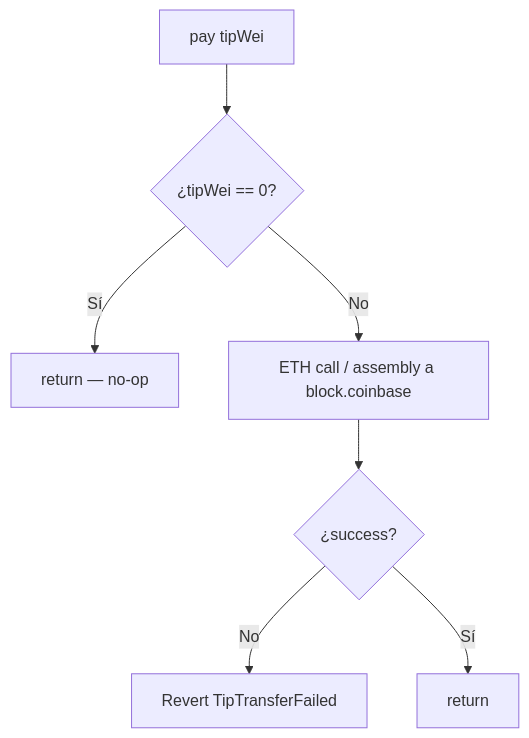
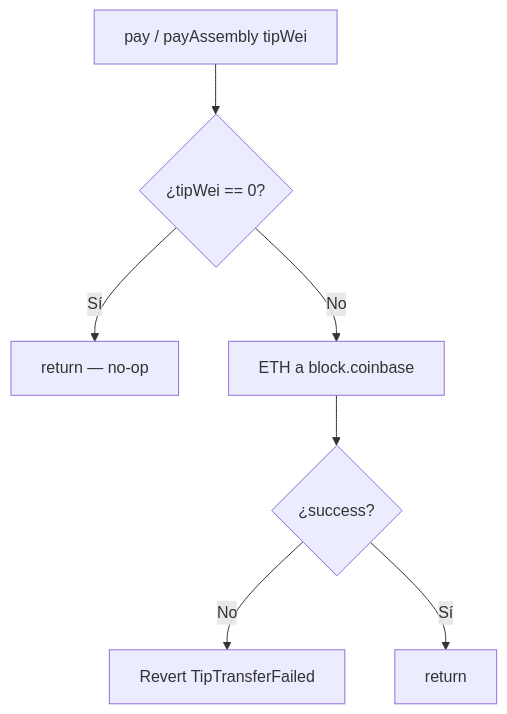
One commit to rastrahm/mev-hft-infra changed the third of 9 diagrams in doc/diagrama-de-flujo.md. Above: the diagram before and after it, drawn with Mermaid. The commit also changed other lines of this file and 5 other files, not shown here.

````diff
--- a/doc/diagrama-de-flujo.md
+++ b/doc/diagrama-de-flujo.md
@@ -52,9 +49,9 @@
 ```mermaid
 flowchart TD
-    A[pay tipWei] --> B{¿tipWei == 0?}
+    A[pay / payAssembly tipWei] --> B{¿tipWei == 0?}
     B -->|Sí| C[return — no-op]
-    B -->|No| D[ETH call / assembly a block.coinbase]
+    B -->|No| D[ETH a block.coinbase]
     D --> E{¿success?}
     E -->|No| F[Revert TipTransferFailed]
     E -->|Sí| G[return]
 ```
````
